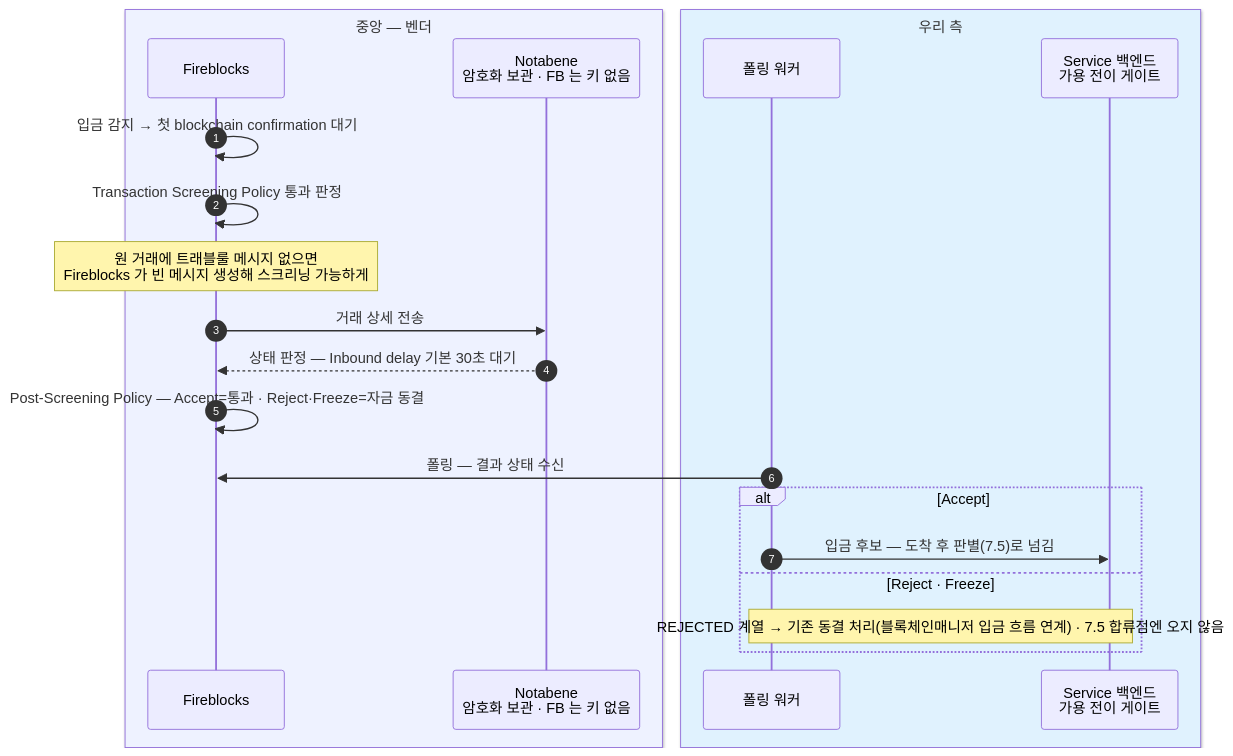
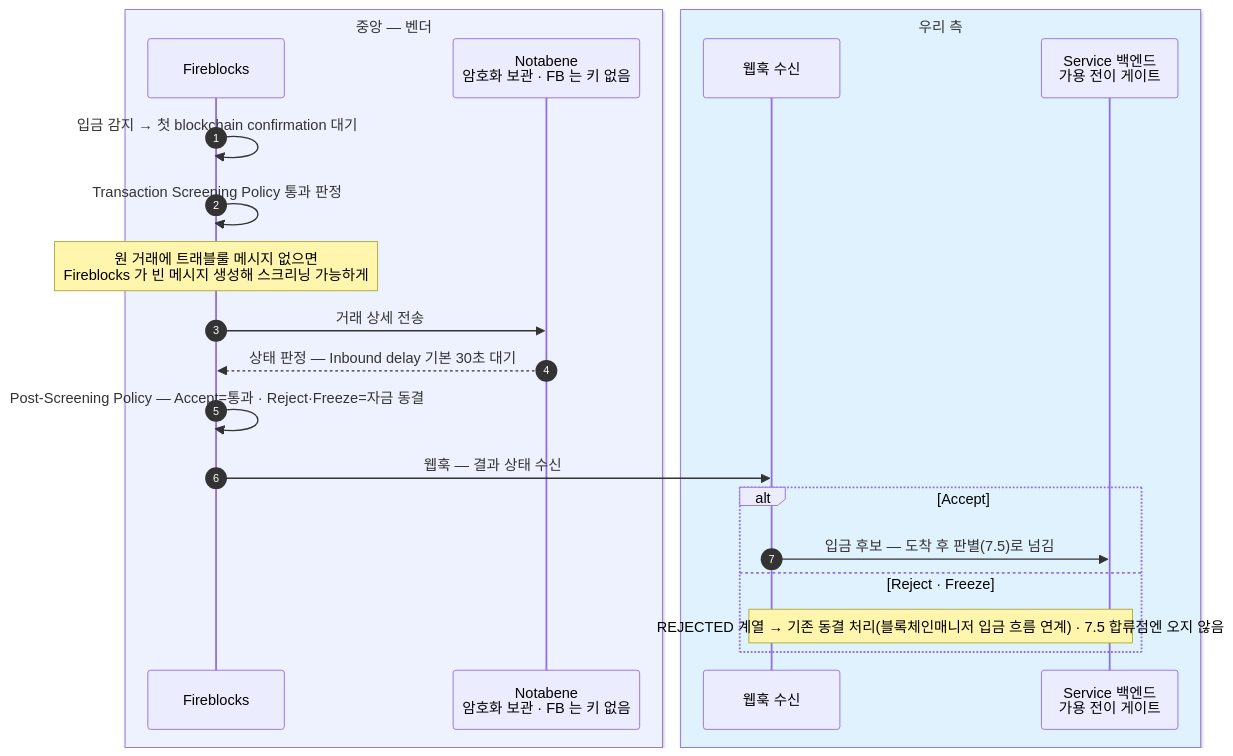
The fourth of 11 diagrams in blockchain-manager/docs/트래블룰/설계/07-scenarios.md (eunsujeo/eunpus), drawn with Mermaid before and after one commit. The commit also changed other lines of this file and 31 other files, not shown here.

````diff
--- a/blockchain-manager/docs/트래블룰/설계/07-scenarios.md
+++ b/blockchain-manager/docs/트래블룰/설계/07-scenarios.md
@@ -190,25 +190,25 @@
 ```mermaid
 sequenceDiagram
     autonumber
     box rgb(238,242,255) 중앙 — 벤더
     participant FB as Fireblocks
     participant NB as Notabene<br/>암호화 보관 · FB 는 키 없음
     end
     box rgb(224,242,254) 우리 측
-    participant PW as 폴링 워커
+    participant PW as 웹훅 수신
     participant BE as Service 백엔드<br/>가용 전이 게이트
     end
 
     FB->>FB: 입금 감지 → 첫 blockchain confirmation 대기
     FB->>FB: Transaction Screening Policy 통과 판정
     Note over FB: 원 거래에 트래블룰 메시지 없으면<br/>Fireblocks 가 빈 메시지 생성해 스크리닝 가능하게
     FB->>NB: 거래 상세 전송
     NB-->>FB: 상태 판정 — Inbound delay 기본 30초 대기
     FB->>FB: Post-Screening Policy — Accept=통과 · Reject·Freeze=자금 동결
-    PW->>FB: 폴링 — 결과 상태 수신
+    FB->>PW: 웹훅 — 결과 상태 수신
     alt Accept
         PW->>BE: 입금 후보 — 도착 후 판별(7.5)로 넘김
     else Reject · Freeze
         Note over PW,BE: REJECTED 계열 → 기존 동결 처리(블록체인매니저 입금 흐름 연계) · 7.5 합류점엔 오지 않음
     end
 ```
````
